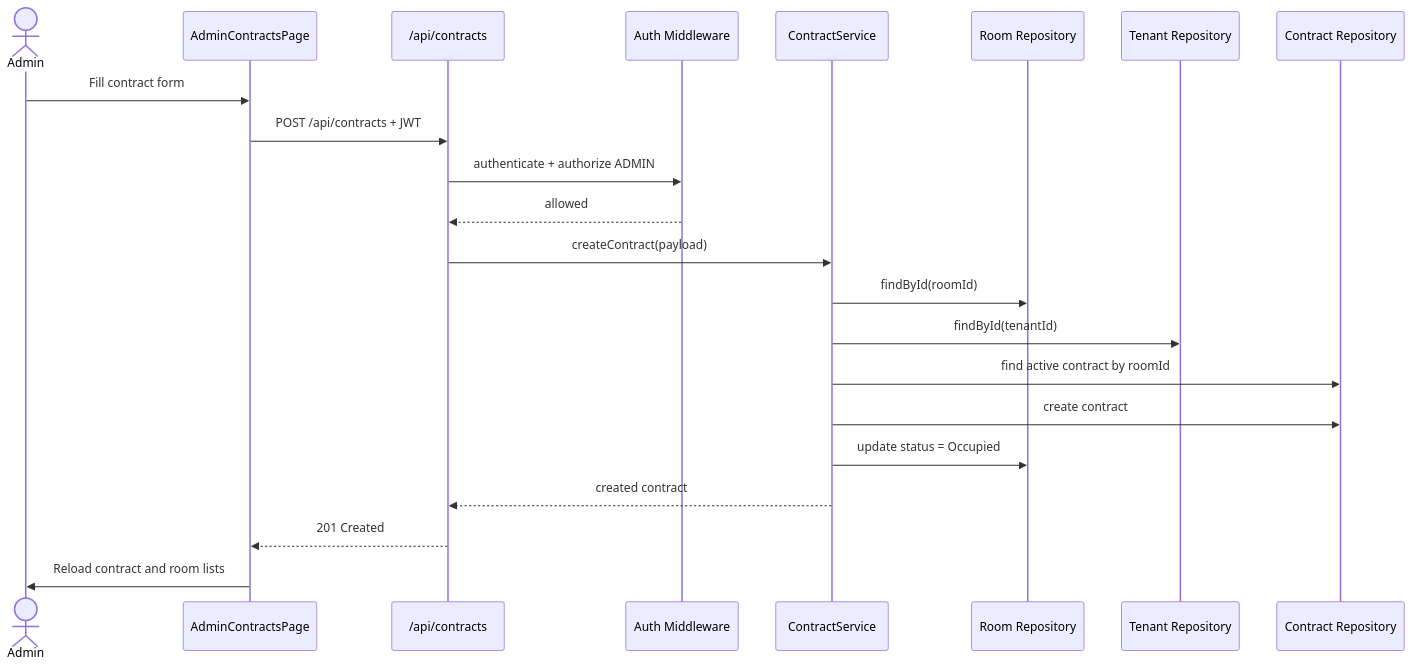
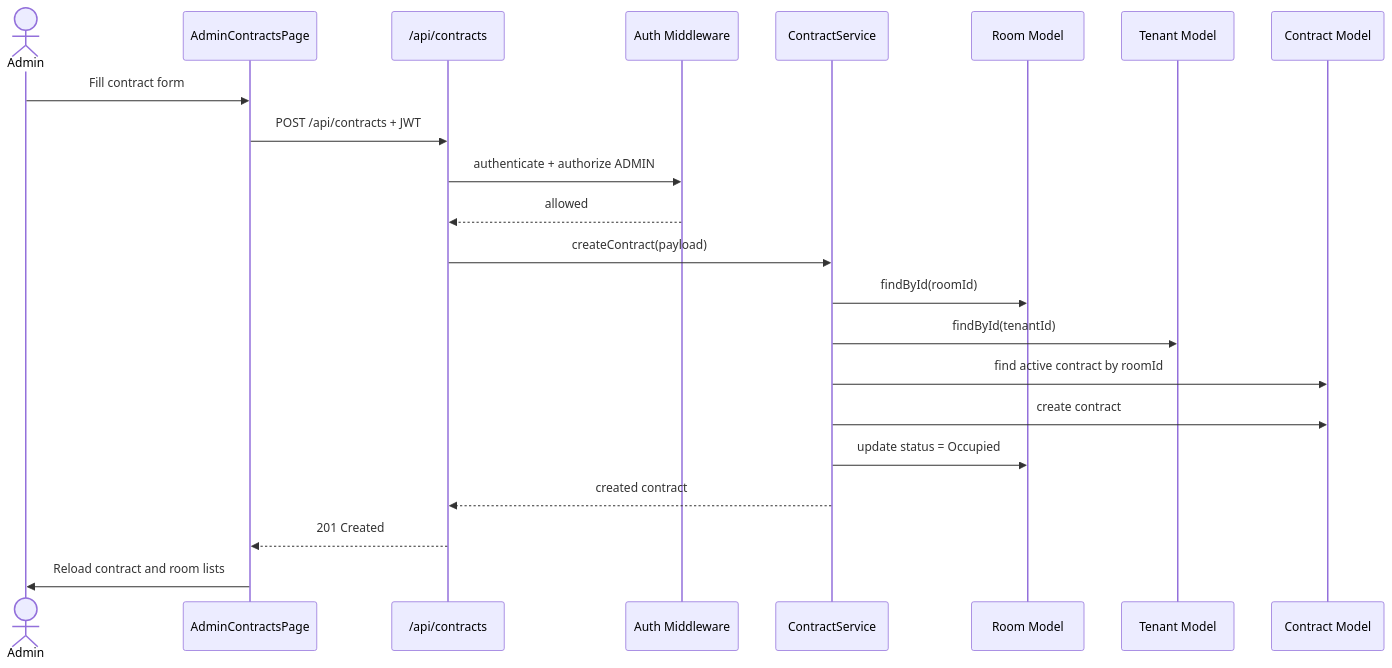
Before and after one commit to datphan3201/room-rental-management-software: diagram 16 of 21 in docs/SYSTEM_REPORT.md, drawn with Mermaid. The commit also changed other lines of this file and 35 other files, not shown here.

````diff
--- a/docs/SYSTEM_REPORT.md
+++ b/docs/SYSTEM_REPORT.md
@@ -1058,25 +1112,25 @@
 ```mermaid
 sequenceDiagram
   actor Admin
   participant UI as AdminContractsPage
   participant API as /api/contracts
   participant Middleware as Auth Middleware
   participant Service as ContractService
-  participant Room as Room Repository
-  participant Tenant as Tenant Repository
-  participant Contract as Contract Repository
+  participant Room as Room Model
+  participant Tenant as Tenant Model
+  participant Contract as Contract Model
 
   Admin->>UI: Fill contract form
   UI->>API: POST /api/contracts + JWT
   API->>Middleware: authenticate + authorize ADMIN
   Middleware-->>API: allowed
   API->>Service: createContract(payload)
   Service->>Room: findById(roomId)
   Service->>Tenant: findById(tenantId)
   Service->>Contract: find active contract by roomId
   Service->>Contract: create contract
   Service->>Room: update status = Occupied
   Service-->>API: created contract
   API-->>UI: 201 Created
   UI->>Admin: Reload contract and room lists
 ```
````
